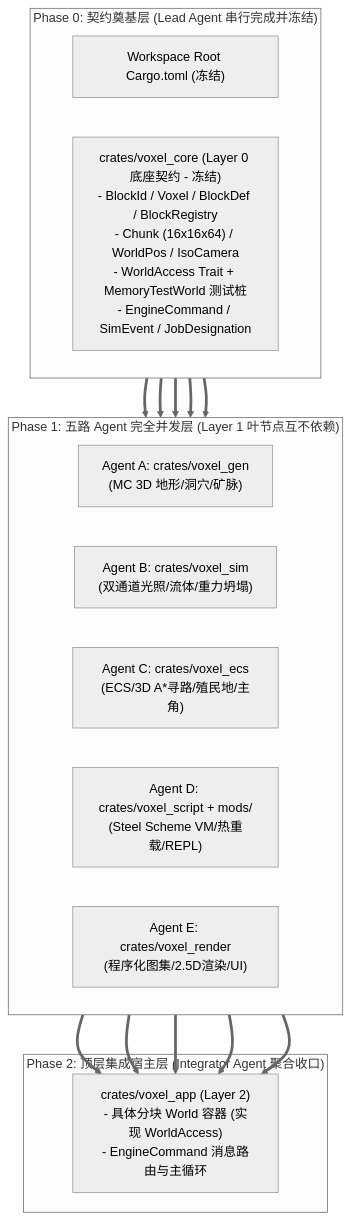
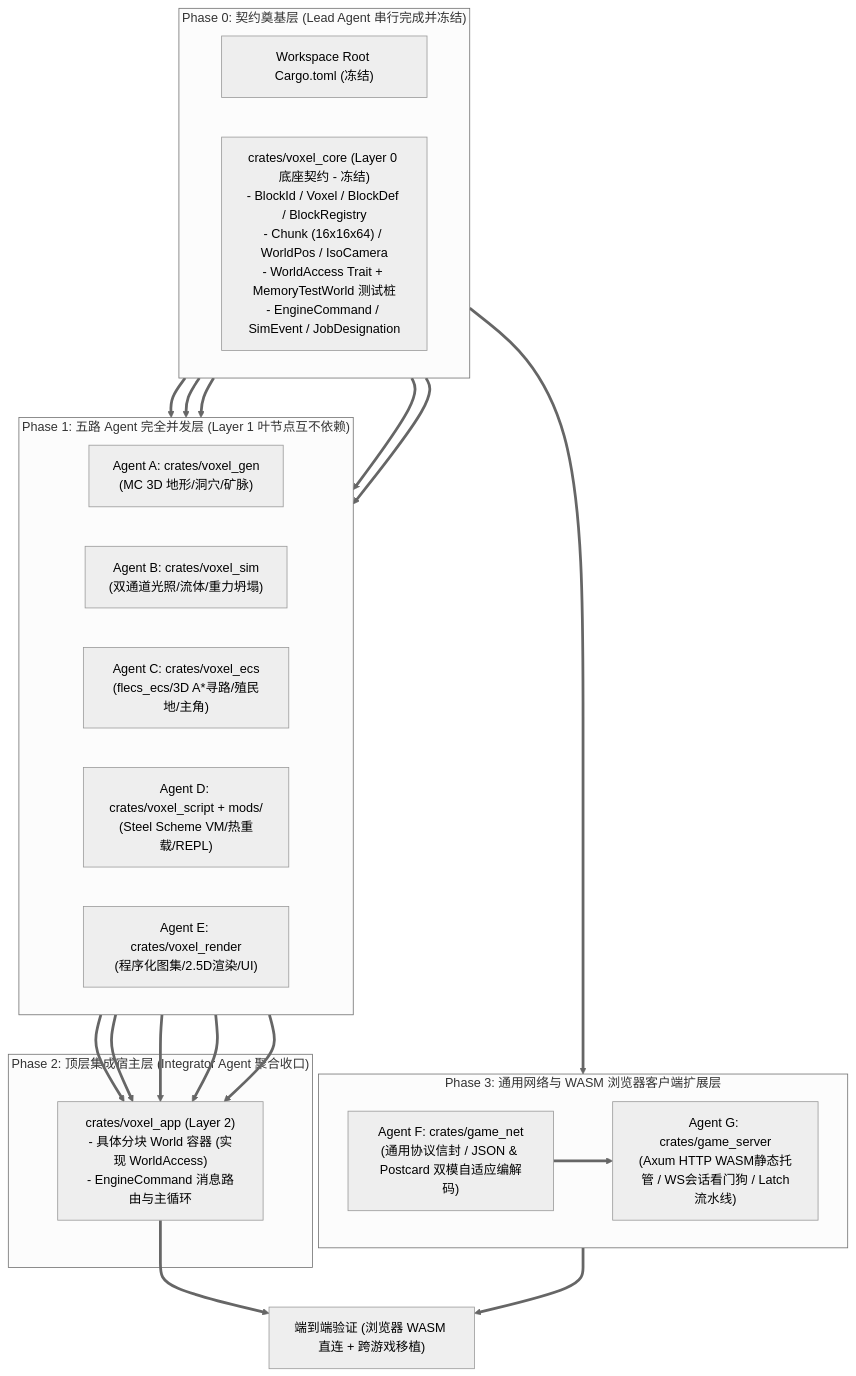
One commit to ouut/2d_minecraft changed the diagram in docs/agent_concurrency_workflow.md. Above: the diagram before and after it, drawn with Mermaid (neutral theme). The commit also changed other lines of this file and 17 other files, not shown here.

Commit message:
feat(net): add generic game_net and game_server crates with WASM support and cross-game porting guide

````diff
--- a/docs/agent_concurrency_workflow.md
+++ b/docs/agent_concurrency_workflow.md
@@ -18,23 +18,32 @@
 ```mermaid
 flowchart TD
     subgraph Phase0["Phase 0: 契约奠基层 (Lead Agent 串行完成并冻结)"]
         RootToml["Workspace Root Cargo.toml (冻结)"]
         Core["crates/voxel_core (Layer 0 底座契约 - 冻结)\n- BlockId / Voxel / BlockDef / BlockRegistry\n- Chunk (16x16x64) / WorldPos / IsoCamera\n- WorldAccess Trait + MemoryTestWorld 测试桩\n- EngineCommand / SimEvent / JobDesignation"]
     end
 
     subgraph Phase1["Phase 1: 五路 Agent 完全并发层 (Layer 1 叶节点互不依赖)"]
         direction LR
         A["Agent A: crates/voxel_gen\n(MC 3D 地形/洞穴/矿脉)"]
         B["Agent B: crates/voxel_sim\n(双通道光照/流体/重力坍塌)"]
-        C["Agent C: crates/voxel_ecs\n(ECS/3D A*寻路/殖民地/主角)"]
+        C["Agent C: crates/voxel_ecs\n(flecs_ecs/3D A*寻路/殖民地/主角)"]
         D["Agent D: crates/voxel_script + mods/\n(Steel Scheme VM/热重载/REPL)"]
         E["Agent E: crates/voxel_render\n(程序化图集/2.5D渲染/UI)"]
     end
 
     subgraph Phase2["Phase 2: 顶层集成宿主层 (Integrator Agent 聚合收口)"]
         App["crates/voxel_app (Layer 2)\n- 具体分块 World 容器 (实现 WorldAccess)\n- EngineCommand 消息路由与主循环"]
     end
 
+    subgraph Phase3["Phase 3: 通用网络与 WASM 浏览器客户端扩展层"]
+        direction LR
+        F["Agent F: crates/game_net\n(通用协议信封 / JSON & Postcard 双模自适应编解码)"]
+        G["Agent G: crates/game_server\n(Axum HTTP WASM静态托管 / WS会话看门狗 / Latch流水线)"]
+    end
+
     Phase0 ==> A & B & C & D & E
     A & B & C & D & E ==> App
+    Phase0 ==> F
+    F ==> G
+    G & App ==> WebAndMultiplayer["端到端验证 (浏览器 WASM 直连 + 跨游戏移植)"]
 ```
````
